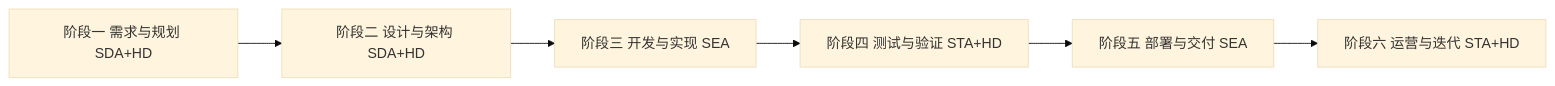
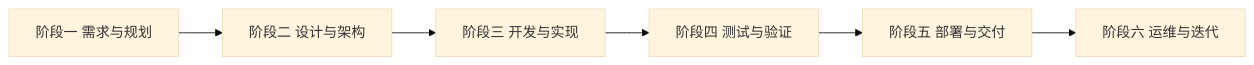
One commit to winyeahs/opd changed the fourth of 6 diagrams in README.md. Above: the diagram before and after it, drawn with Mermaid (base theme). The commit also changed other lines of this file and 42 other files, not shown here.

````diff
--- a/README.md
+++ b/README.md
@@ -121,11 +131,11 @@
 ```mermaid
 graph LR
-    P1[阶段一 需求与规划 SDA+HD]
-    P2[阶段二 设计与架构 SDA+HD]
-    P3[阶段三 开发与实现 SEA]
-    P4[阶段四 测试与验证 STA+HD]
-    P5[阶段五 部署与交付 SEA]
-    P6[阶段六 运营与迭代 STA+HD]
+    P1[阶段一 需求与规划]
+    P2[阶段二 设计与架构]
+    P3[阶段三 开发与实现]
+    P4[阶段四 测试与验证]
+    P5[阶段五 部署与交付]
+    P6[阶段六 运维与迭代]
     
     P1 --> P2 --> P3 --> P4 --> P5 --> P6
 ```
````
